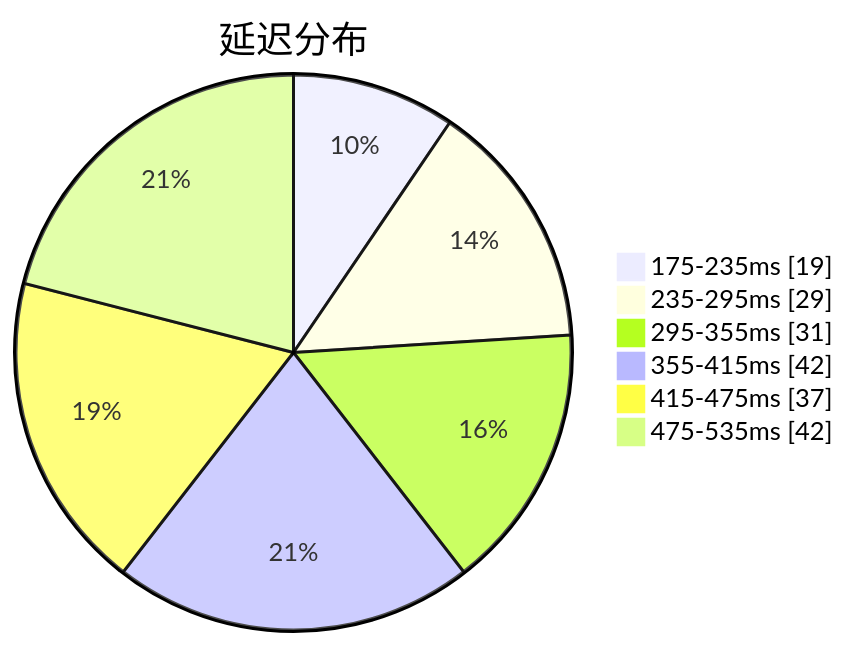
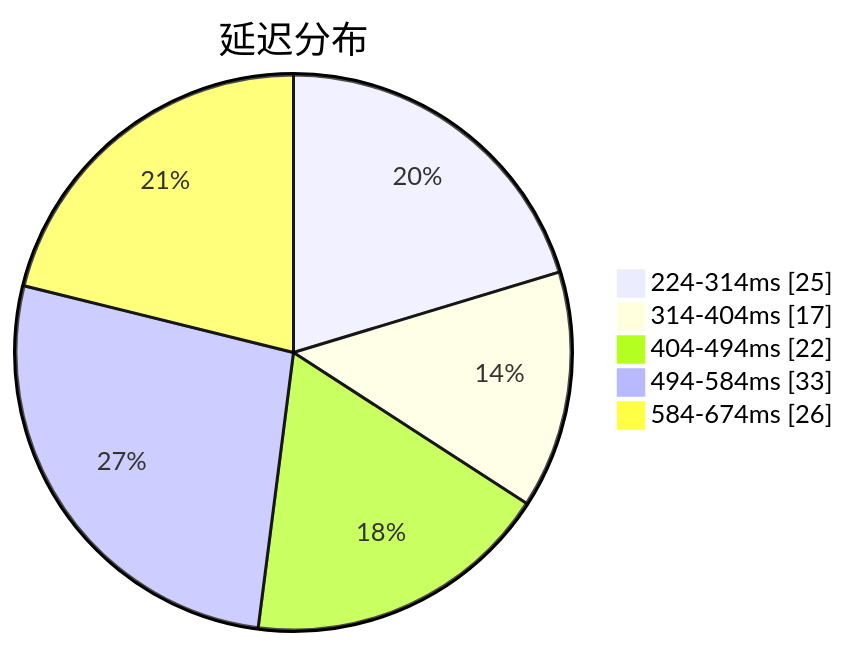
The first of 3 diagrams in subs/statistics/tested_within.md (qjlxg/airport), drawn with Mermaid before and after one commit. The commit also changed other lines of this file and 2 other files, not shown here.

````diff
--- a/subs/statistics/tested_within.md
+++ b/subs/statistics/tested_within.md
@@ -2,10 +2,9 @@
 ```mermaid
 pie showData
 title 延迟分布
-"175-235ms" : 19
-"235-295ms" : 29
-"295-355ms" : 31
-"355-415ms" : 42
-"415-475ms" : 37
-"475-535ms" : 42
+"224-314ms" : 25
+"314-404ms" : 17
+"404-494ms" : 22
+"494-584ms" : 33
+"584-674ms" : 26
 ```
````
